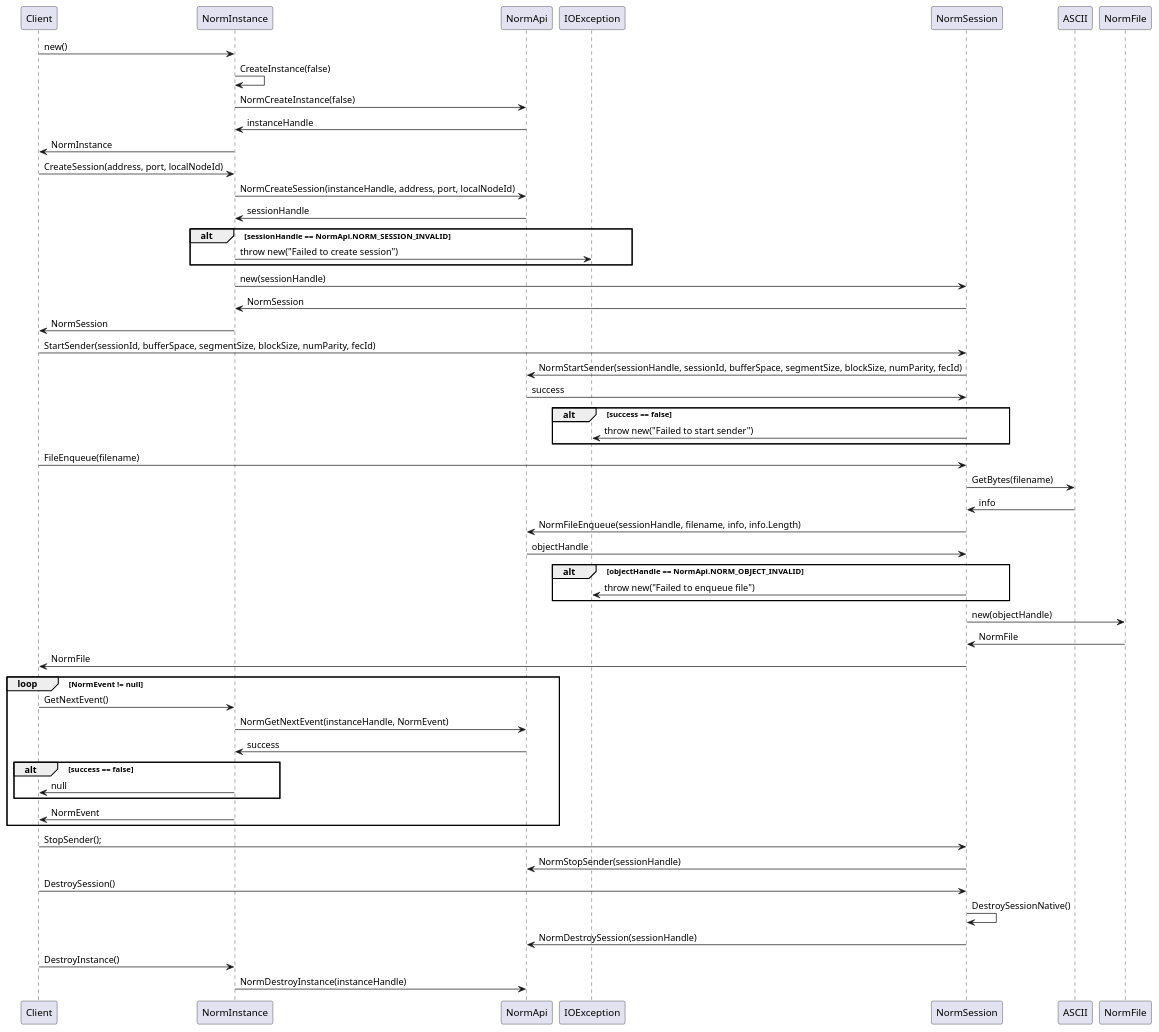
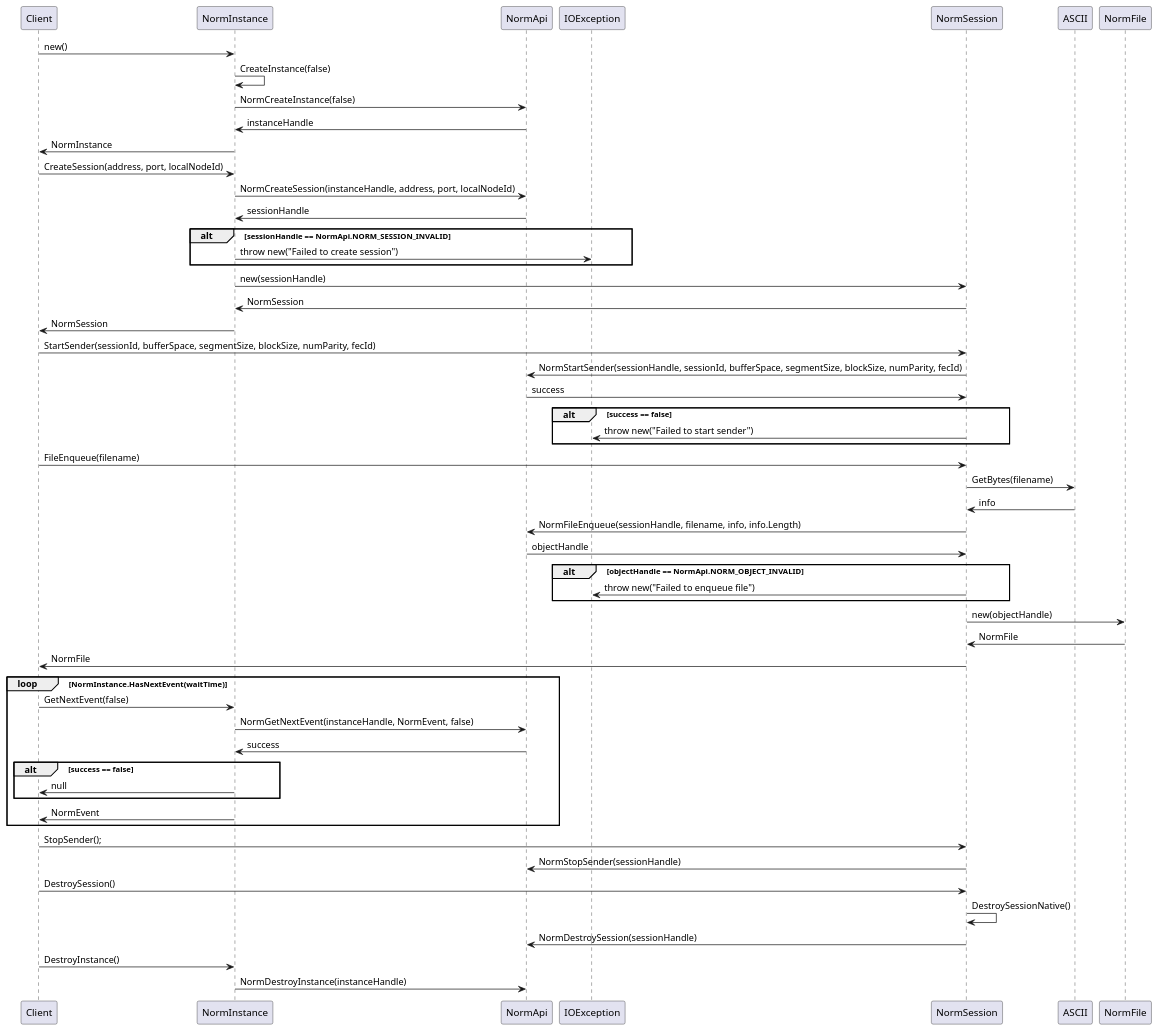
One commit to mullerj/norm changed the diagram in src/dotnet/design/SequenceDiagrams/NormFileSend.puml. Above: the diagram before and after it, drawn with PlantUML. The commit also changed 3 other files, not shown here.

```diff
--- a/src/dotnet/design/SequenceDiagrams/NormFileSend.puml
+++ b/src/dotnet/design/SequenceDiagrams/NormFileSend.puml
@@ -1,49 +1,49 @@
 @startuml NormFileSend
 Client -> NormInstance : new()
 NormInstance -> NormInstance : CreateInstance(false)
 NormInstance -> NormApi : NormCreateInstance(false)
 NormInstance <- NormApi : instanceHandle
 Client <- NormInstance : NormInstance
 Client -> NormInstance : CreateSession(address, port, localNodeId)
 NormInstance -> NormApi : NormCreateSession(instanceHandle, address, port, localNodeId)
 NormInstance <- NormApi : sessionHandle
 alt sessionHandle == NormApi.NORM_SESSION_INVALID
     NormInstance -> IOException : throw new("Failed to create session")
 end
 NormInstance -> NormSession : new(sessionHandle)
 NormInstance <- NormSession : NormSession
 Client <- NormInstance : NormSession
 Client -> NormSession : StartSender(sessionId, bufferSpace, segmentSize, blockSize, numParity, fecId)
 NormSession -> NormApi : NormStartSender(sessionHandle, sessionId, bufferSpace, segmentSize, blockSize, numParity, fecId)
 NormSession <- NormApi : success
 alt success == false
     NormSession -> IOException : throw new("Failed to start sender")
 end
 Client -> NormSession : FileEnqueue(filename)
 NormSession -> ASCII : GetBytes(filename)
 NormSession <- ASCII : info
 NormSession -> NormApi : NormFileEnqueue(sessionHandle, filename, info, info.Length)
 NormSession <- NormApi : objectHandle
 alt objectHandle == NormApi.NORM_OBJECT_INVALID
     NormSession -> IOException : throw new("Failed to enqueue file")
 end
 NormSession -> NormFile: new(objectHandle)
 NormSession <- NormFile : NormFile
 Client <- NormSession : NormFile
-loop NormEvent != null
-    Client -> NormInstance : GetNextEvent()
-    NormInstance -> NormApi : NormGetNextEvent(instanceHandle, NormEvent)
+loop NormInstance.HasNextEvent(waitTime)
+    Client -> NormInstance : GetNextEvent(false)
+    NormInstance -> NormApi : NormGetNextEvent(instanceHandle, NormEvent, false)
     NormInstance <- NormApi : success
     alt success == false
         Client <- NormInstance : null
     end
     Client <- NormInstance : NormEvent
 end
 Client -> NormSession : StopSender();
 NormSession -> NormApi : NormStopSender(sessionHandle)
 Client -> NormSession : DestroySession()
 NormSession -> NormSession : DestroySessionNative()
 NormSession -> NormApi : NormDestroySession(sessionHandle)
 Client -> NormInstance : DestroyInstance()
 NormInstance -> NormApi : NormDestroyInstance(instanceHandle)
 @enduml
```
